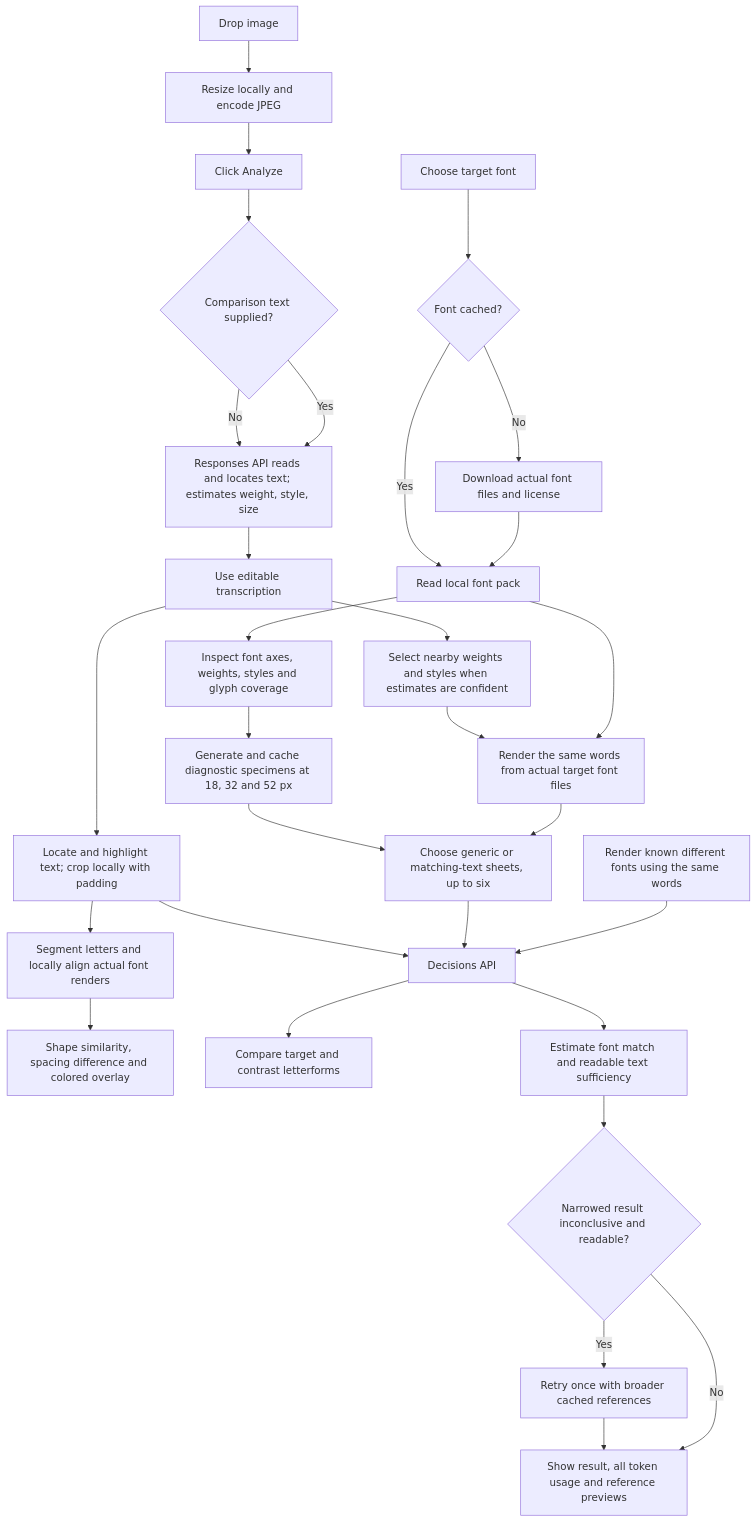
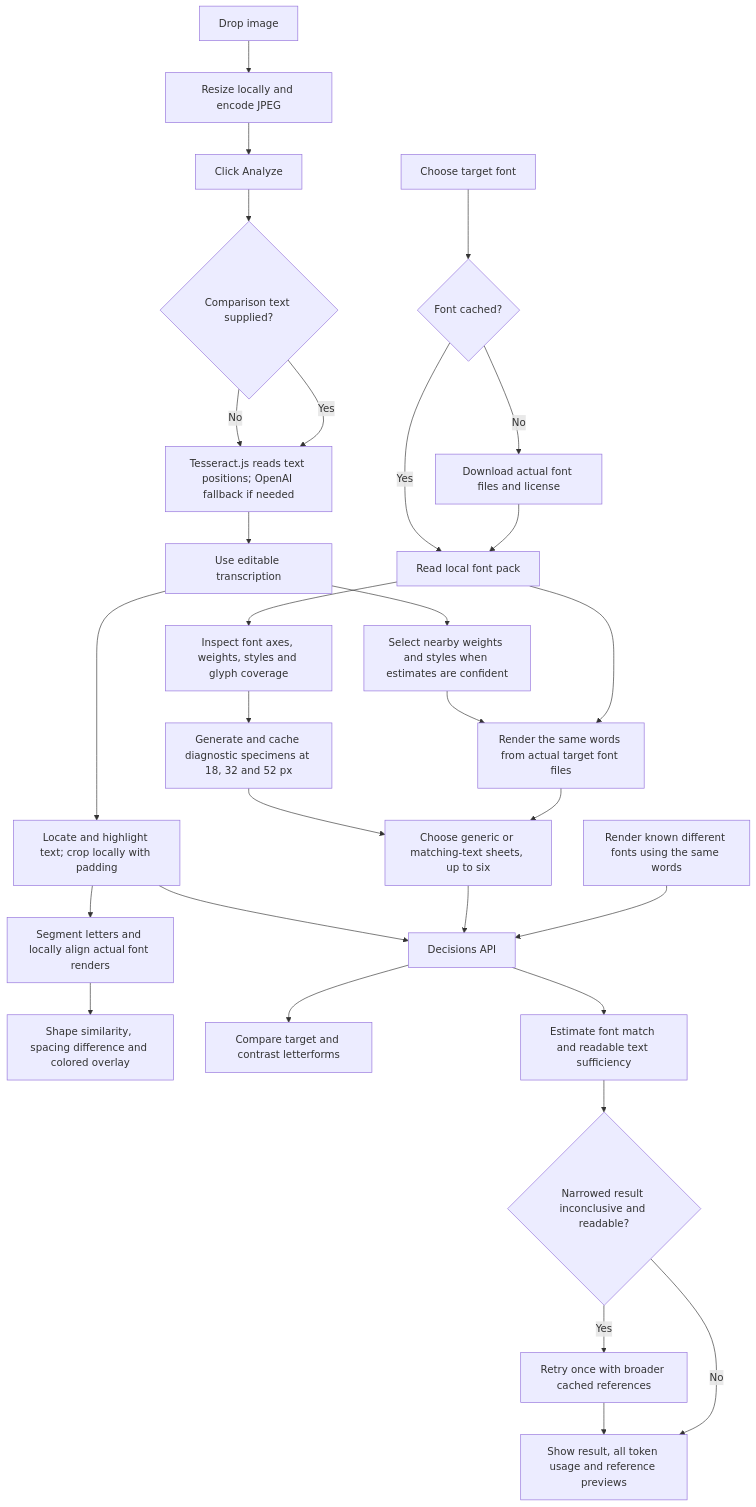
The second of 2 diagrams in README.md (DannyRuchtie/FontsChecker), drawn with Mermaid before and after one commit. The commit also changed other lines of this file and 12 other files, not shown here.

````diff
--- a/README.md
+++ b/README.md
@@ -45,32 +45,32 @@
 ```mermaid
 flowchart TD
     A[Choose target font] --> B{Font cached?}
     B -->|No| C[Download actual font files and license]
     B -->|Yes| D[Read local font pack]
     C --> D
     D --> E[Inspect font axes, weights, styles and glyph coverage]
     E --> F[Generate and cache diagnostic specimens at 18, 32 and 52 px]
     G[Drop image] --> H[Resize locally and encode JPEG]
     H --> I[Click Analyze]
     I --> J{Comparison text supplied?}
-    J -->|No| K[Responses API reads and locates text; estimates weight, style, size]
+    J -->|No| K[Tesseract.js reads text positions; OpenAI fallback if needed]
     J -->|Yes| K
     K --> L[Use editable transcription]
     L --> T[Select nearby weights and styles when estimates are confident]
     T --> M[Render the same words from actual target font files]
     D --> M
     F --> N[Choose generic or matching-text sheets, up to six]
     M --> N
     L --> W[Locate and highlight text; crop locally with padding]
     W --> X[Segment letters and locally align actual font renders]
     X --> Y[Shape similarity, spacing difference and colored overlay]
     W --> O[Decisions API]
     N --> O
     R[Render known different fonts using the same words] --> O
     O --> S[Compare target and contrast letterforms]
     O --> P[Estimate font match and readable text sufficiency]
     P --> U{Narrowed result inconclusive and readable?}
     U -->|Yes| V[Retry once with broader cached references]
     V --> Q[Show result, all token usage and reference previews]
     U -->|No| Q
 ```
````
